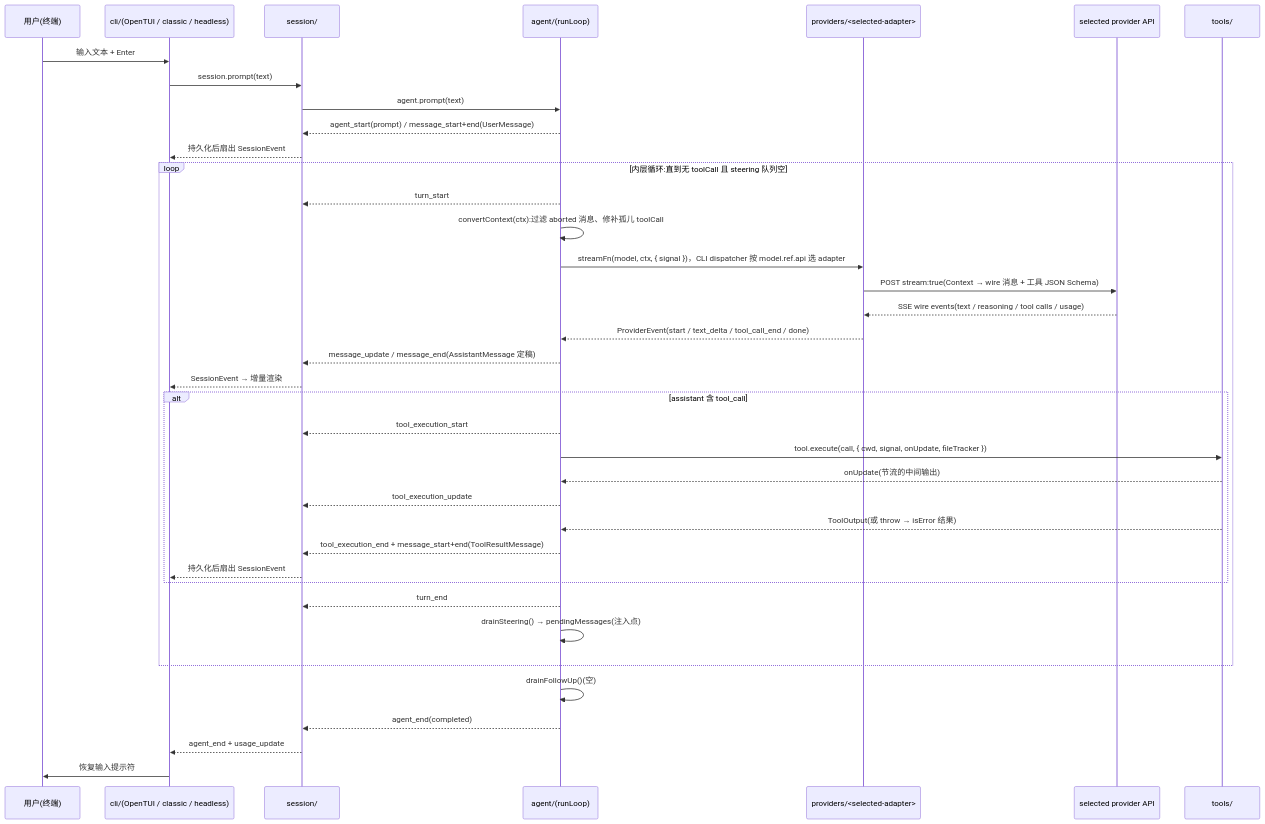
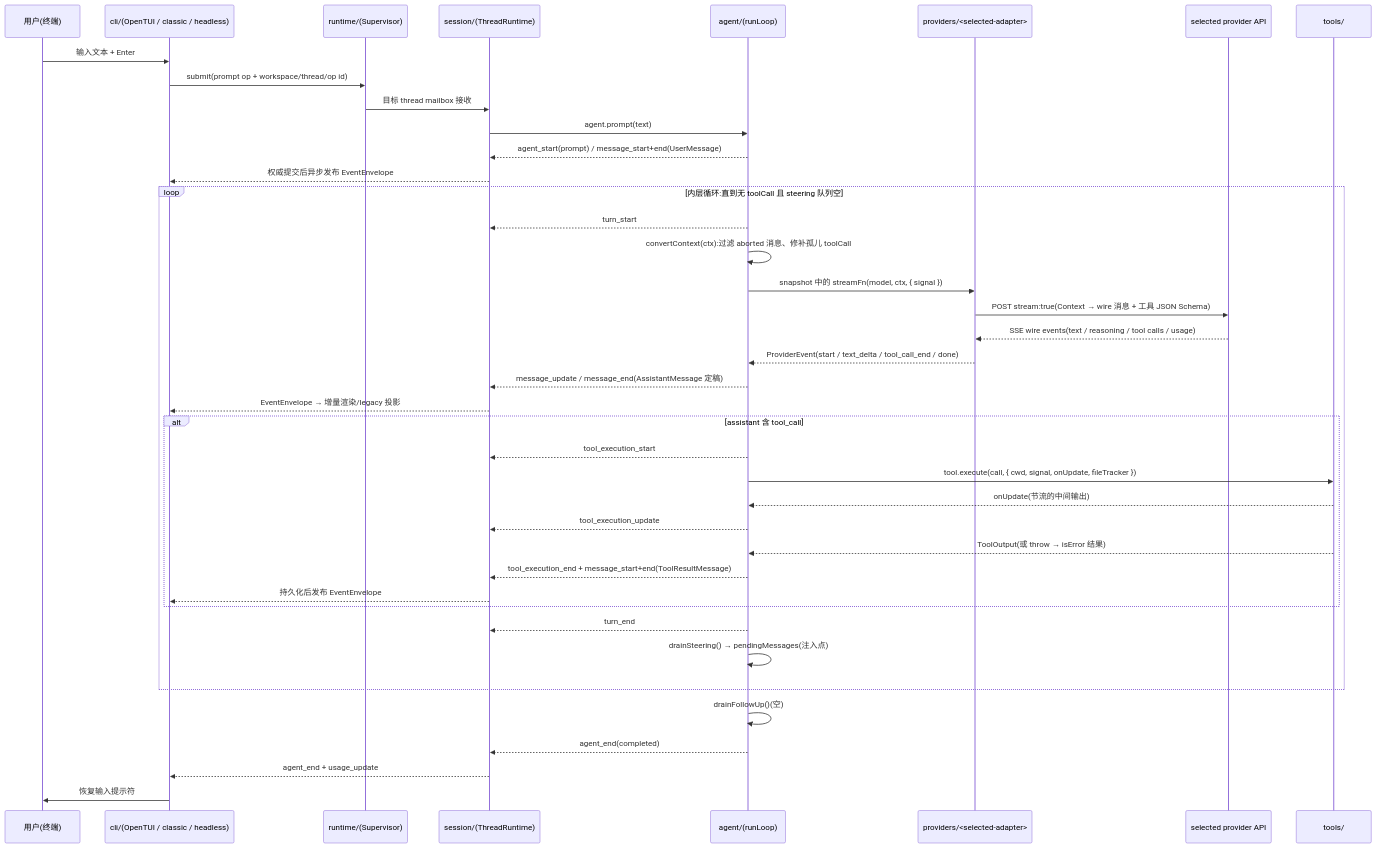
Before and after one commit to rita152/coda: the third of 3 diagrams in docs/02-architecture.md, drawn with Mermaid. The commit also changed other lines of this file and 14 other files, not shown here.

First line of the commit message:
Freeze supervisor runtime design baseline

````diff
--- a/docs/02-architecture.md
+++ b/docs/02-architecture.md
@@ -253,41 +299,43 @@
 ```mermaid
 sequenceDiagram
   participant U as 用户(终端)
   participant CLI as cli/(OpenTUI / classic / headless)
-  participant S as session/
+  participant R as runtime/(Supervisor)
+  participant S as session/(ThreadRuntime)
   participant AG as agent/(runLoop)
   participant AD as providers/<selected-adapter>
   participant API as selected provider API
   participant T as tools/
 
   U->>CLI: 输入文本 + Enter
-  CLI->>S: session.prompt(text)
+  CLI->>R: submit(prompt op + workspace/thread/op id)
+  R->>S: 目标 thread mailbox 接收
   S->>AG: agent.prompt(text)
   AG-->>S: agent_start(prompt) / message_start+end(UserMessage)
-  S-->>CLI: 持久化后扇出 SessionEvent
+  S-->>CLI: 权威提交后异步发布 EventEnvelope
   loop 内层循环:直到无 toolCall 且 steering 队列空
     AG-->>S: turn_start
     AG->>AG: convertContext(ctx):过滤 aborted 消息、修补孤儿 toolCall
-    AG->>AD: streamFn(model, ctx, { signal })，CLI dispatcher 按 model.ref.api 选 adapter
+    AG->>AD: snapshot 中的 streamFn(model, ctx, { signal })
     AD->>API: POST stream:true(Context → wire 消息 + 工具 JSON Schema)
     API-->>AD: SSE wire events(text / reasoning / tool calls / usage)
     AD-->>AG: ProviderEvent(start / text_delta / tool_call_end / done)
     AG-->>S: message_update / message_end(AssistantMessage 定稿)
-    S-->>CLI: SessionEvent → 增量渲染
+    S-->>CLI: EventEnvelope → 增量渲染/legacy 投影
     alt assistant 含 tool_call
       AG-->>S: tool_execution_start
       AG->>T: tool.execute(call, { cwd, signal, onUpdate, fileTracker })
       T-->>AG: onUpdate(节流的中间输出)
       AG-->>S: tool_execution_update
       T-->>AG: ToolOutput(或 throw → isError 结果)
       AG-->>S: tool_execution_end + message_start+end(ToolResultMessage)
-      S-->>CLI: 持久化后扇出 SessionEvent
+      S-->>CLI: 持久化后发布 EventEnvelope
     end
     AG-->>S: turn_end
     AG->>AG: drainSteering() → pendingMessages(注入点)
   end
   AG->>AG: drainFollowUp()(空)
   AG-->>S: agent_end(completed)
   S-->>CLI: agent_end + usage_update
   CLI->>U: 恢复输入提示符
 ```
````
